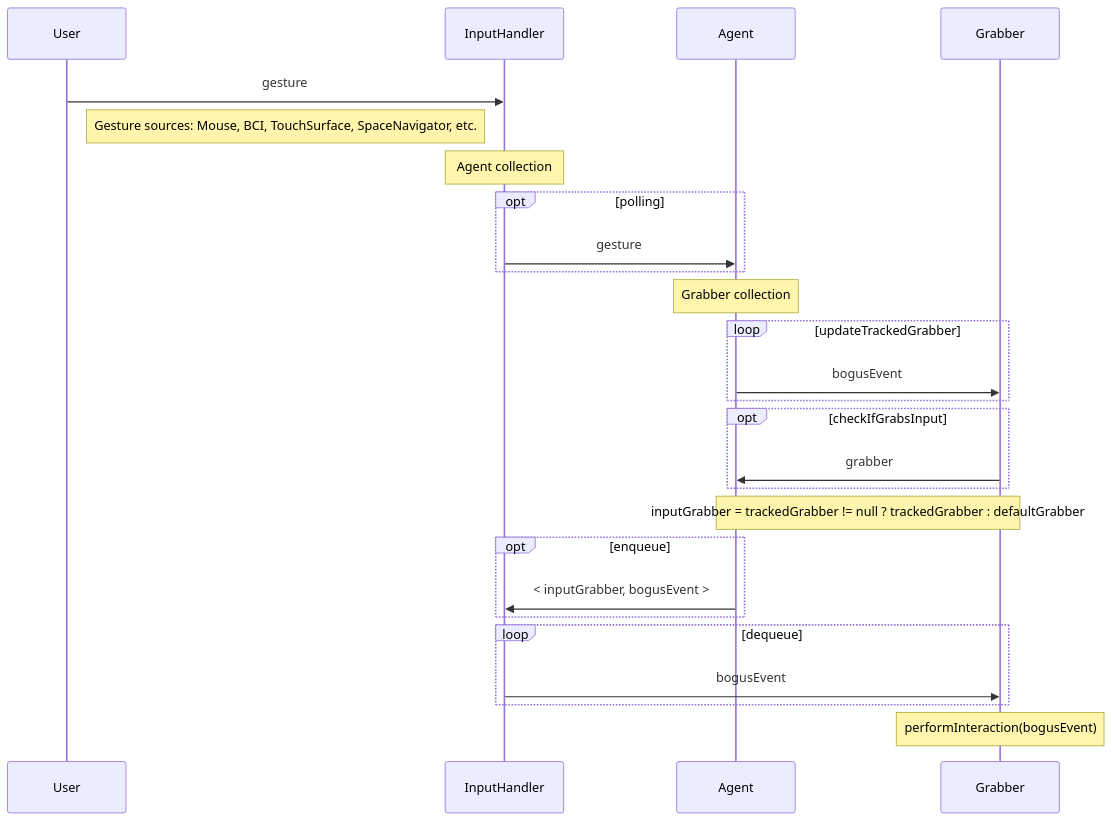
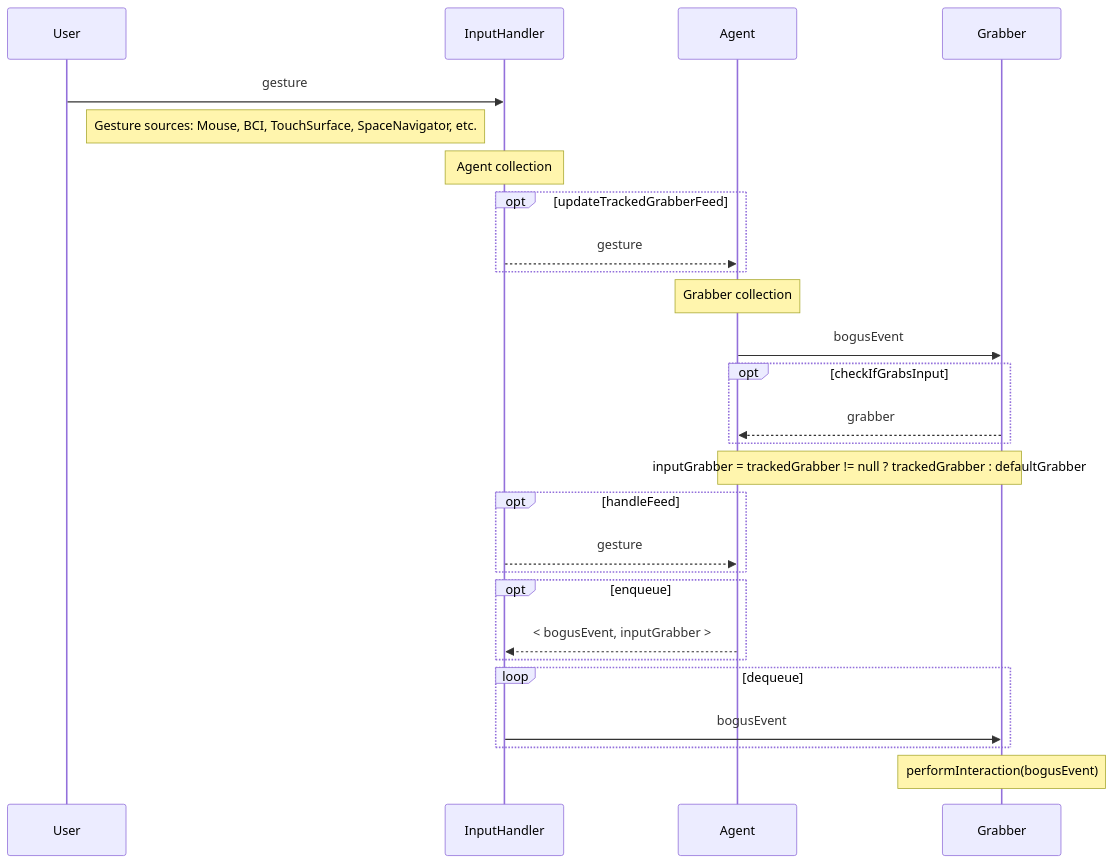
Before and after one commit to nakednous/proscene3_design: the diagram in fig/arch2.mermaid, drawn with Mermaid. The commit also changed 10 other files, not shown here.

Commit message:
better seq diagrams

```diff
--- a/fig/arch2.mermaid
+++ b/fig/arch2.mermaid
@@ -1,22 +1,27 @@
 sequenceDiagram
     User->>InputHandler: gesture
     Note right of User: Gesture sources: Mouse, BCI, TouchSurface, SpaceNavigator, etc.
     Note over InputHandler: Agent collection
-    opt polling
-        InputHandler->>Agent: gesture
+    opt updateTrackedGrabberFeed
+        InputHandler-->>Agent: gesture
     end
     Note over Agent: Grabber collection
-    loop updateTrackedGrabber
+    %loop updateTrackedGrabber
         Agent->>Grabber: bogusEvent
-    end
+    %end
     opt checkIfGrabsInput
-        Grabber->>Agent: grabber
+        Grabber-->>Agent: grabber
     end
     Note over Agent,Grabber: inputGrabber = trackedGrabber != null ? trackedGrabber : defaultGrabber
+    opt handleFeed
+        InputHandler-->>Agent: gesture
+    end
     opt enqueue
-        Agent->>InputHandler: < inputGrabber, bogusEvent >
+        Agent-->>InputHandler: < bogusEvent, inputGrabber >
     end
     loop dequeue
       InputHandler->>Grabber: bogusEvent
     end
     Note over Grabber: performInteraction(bogusEvent)
+
+    %%Note over InputHandler: Agent collection
```
